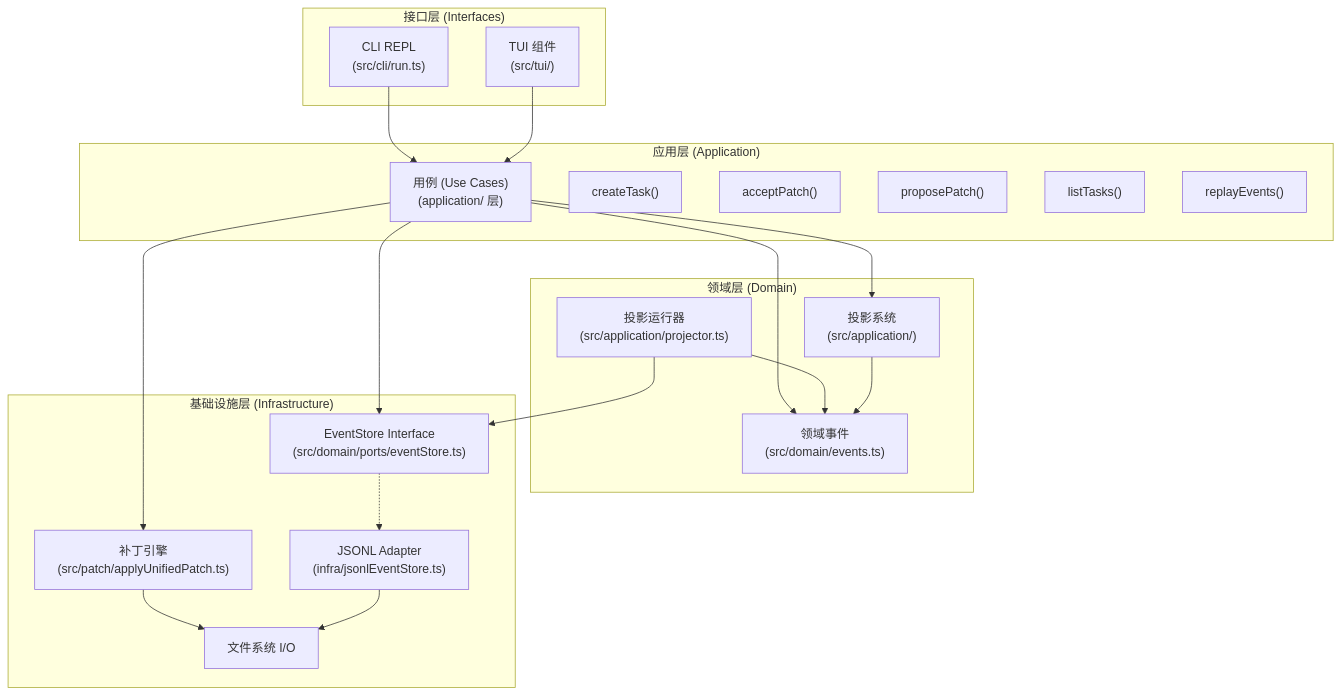
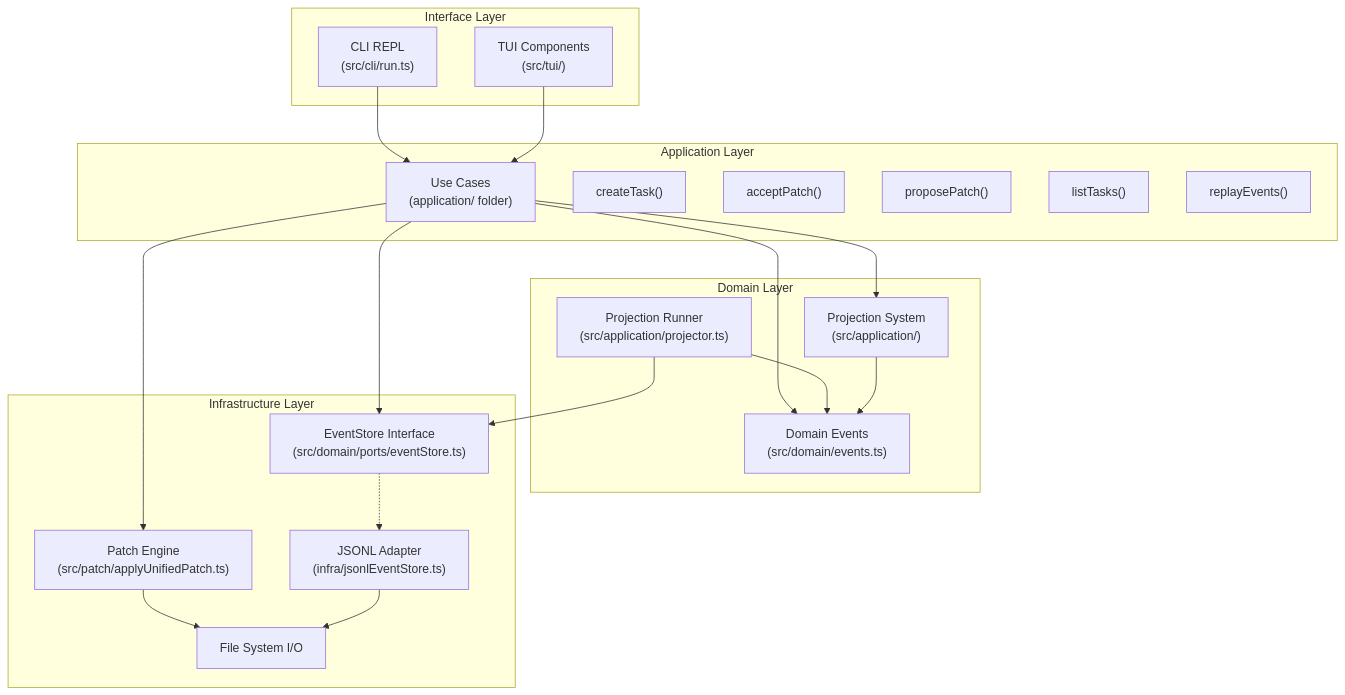
One commit to Adversarr/coauthor changed the first of 5 diagrams in docs/M0_STATUS.md. Above: the diagram before and after it, drawn with Mermaid. The commit also changed other lines of this file and 13 other files, not shown here.

````diff
--- a/docs/M0_STATUS.md
+++ b/docs/M0_STATUS.md
@@ -113,42 +113,42 @@
 ```mermaid
 graph TB
-    subgraph Interface["接口层 (Interfaces)"]
+    subgraph Interface["Interface Layer"]
         CLI["CLI REPL<br/>(src/cli/run.ts)"]
-        TUI["TUI 组件<br/>(src/tui/)"]
+        TUI["TUI Components<br/>(src/tui/)"]
     end
     
-    subgraph Application["应用层 (Application)"]
-        UC["用例 (Use Cases)<br/>(application/ 层)"]
+    subgraph Application["Application Layer"]
+        UC["Use Cases<br/>(application/ folder)"]
         UC1["createTask()"]
         UC2["acceptPatch()"]
         UC3["proposePatch()"]
         UC4["listTasks()"]
         UC5["replayEvents()"]
     end
     
-    subgraph Domain["领域层 (Domain)"]
-        Events["领域事件<br/>(src/domain/events.ts)"]
-        Proj["投影系统<br/>(src/application/)"]
-        Projector["投影运行器<br/>(src/application/projector.ts)"]
+    subgraph Domain["Domain Layer"]
+        Events["Domain Events<br/>(src/domain/events.ts)"]
+        Proj["Projection System<br/>(src/application/)"]
+        Projector["Projection Runner<br/>(src/application/projector.ts)"]
     end
     
-    subgraph Infrastructure["基础设施层 (Infrastructure)"]
+    subgraph Infrastructure["Infrastructure Layer"]
         Store["EventStore Interface<br/>(src/domain/ports/eventStore.ts)"]
         JSONL["JSONL Adapter<br/>(infra/jsonlEventStore.ts)"]
-        Patch["补丁引擎<br/>(src/patch/applyUnifiedPatch.ts)"]
-        FS["文件系统 I/O"]
+        Patch["Patch Engine<br/>(src/patch/applyUnifiedPatch.ts)"]
+        FS["File System I/O"]
     end
     
     CLI --> UC
     TUI --> UC
     UC --> Events
     UC --> Proj
     UC --> Store
     Store -.-> JSONL
     UC --> Patch
     Projector --> Events
     Projector --> Store
     Proj --> Events
     Patch --> FS
     JSONL --> FS
 ```
````
